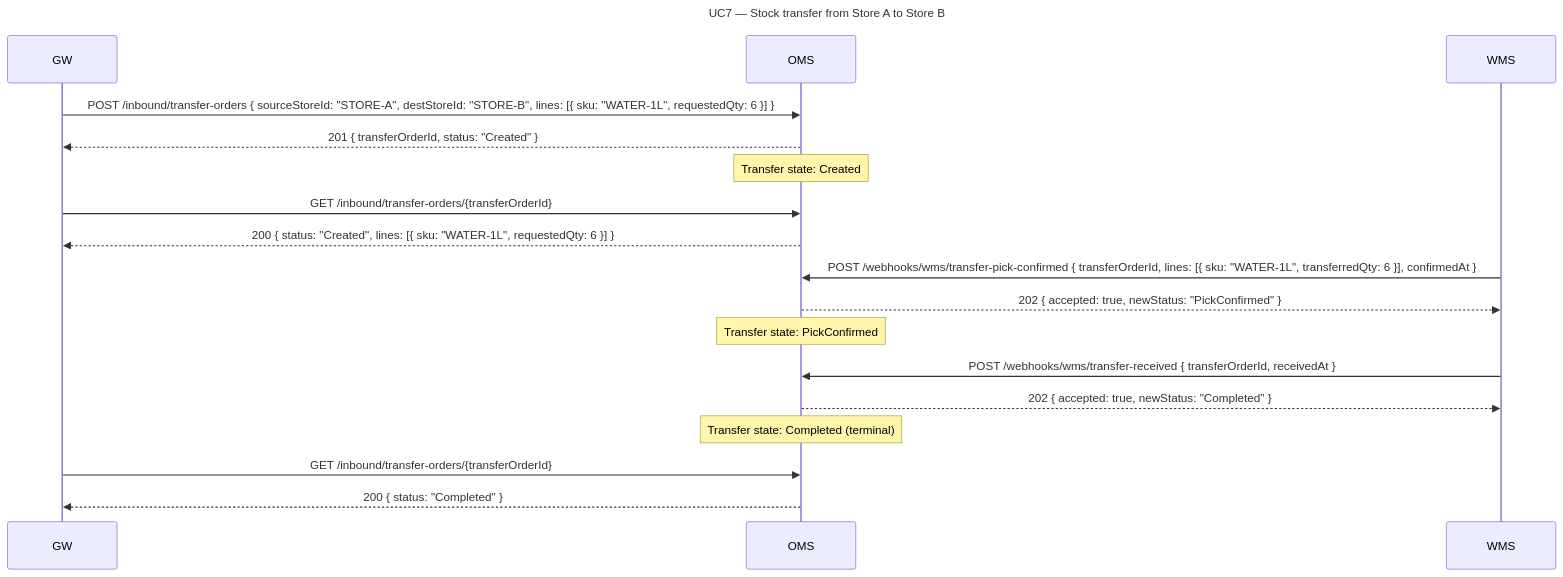
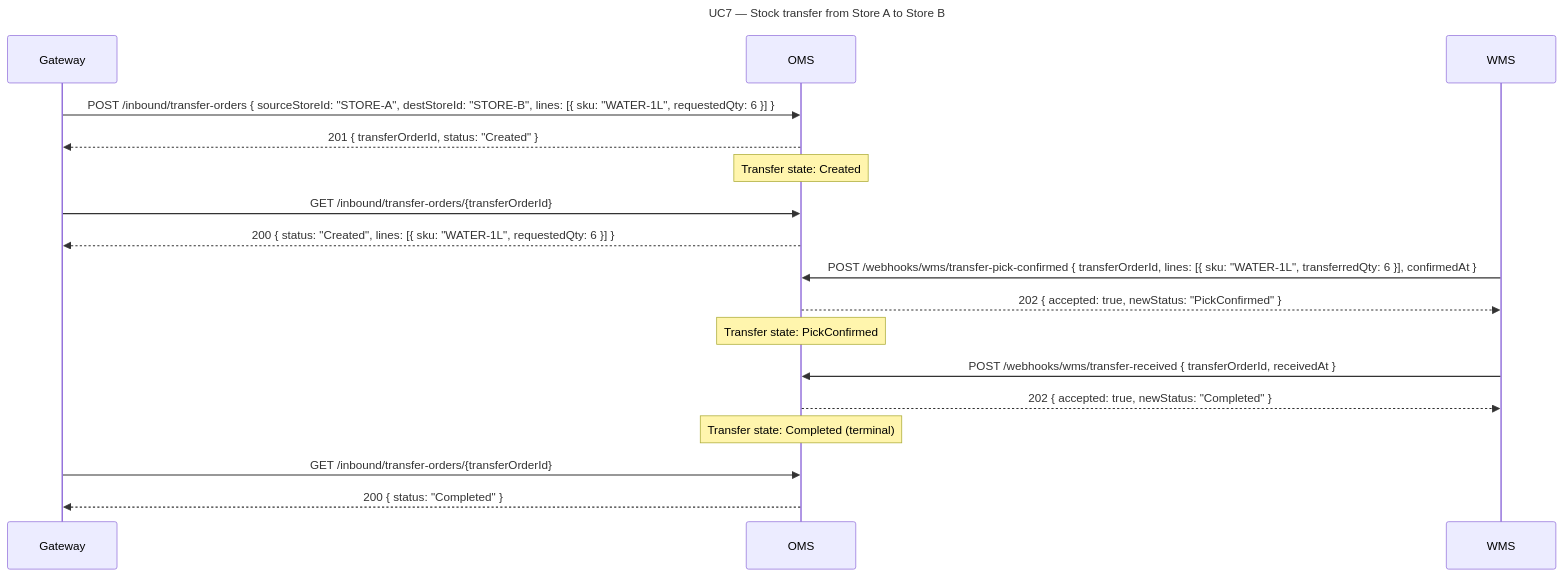
The seventh of 13 diagrams in docs/oms-e2e-sequence-diagrams.md (rosered11/oms-claude), drawn with Mermaid before and after one commit. The commit also changed other lines of this file and 48 other files, not shown here.

````diff
--- a/docs/oms-e2e-sequence-diagrams.md
+++ b/docs/oms-e2e-sequence-diagrams.md
@@ -434,26 +424,26 @@
 ```mermaid
 sequenceDiagram
   title: UC7 — Stock transfer from Store A to Store B
 
-  participant GW
+  participant Gateway
   participant OMS
   participant WMS
 
-  GW->>OMS: POST /inbound/transfer-orders { sourceStoreId: "STORE-A", destStoreId: "STORE-B", lines: [{ sku: "WATER-1L", requestedQty: 6 }] }
-  OMS-->>GW: 201 { transferOrderId, status: "Created" }
+  Gateway->>OMS: POST /inbound/transfer-orders { sourceStoreId: "STORE-A", destStoreId: "STORE-B", lines: [{ sku: "WATER-1L", requestedQty: 6 }] }
+  OMS-->>Gateway: 201 { transferOrderId, status: "Created" }
   Note over OMS: Transfer state: Created
 
-  GW->>OMS: GET /inbound/transfer-orders/{transferOrderId}
-  OMS-->>GW: 200 { status: "Created", lines: [{ sku: "WATER-1L", requestedQty: 6 }] }
+  Gateway->>OMS: GET /inbound/transfer-orders/{transferOrderId}
+  OMS-->>Gateway: 200 { status: "Created", lines: [{ sku: "WATER-1L", requestedQty: 6 }] }
 
   WMS->>OMS: POST /webhooks/wms/transfer-pick-confirmed { transferOrderId, lines: [{ sku: "WATER-1L", transferredQty: 6 }], confirmedAt }
   OMS-->>WMS: 202 { accepted: true, newStatus: "PickConfirmed" }
   Note over OMS: Transfer state: PickConfirmed
 
   WMS->>OMS: POST /webhooks/wms/transfer-received { transferOrderId, receivedAt }
   OMS-->>WMS: 202 { accepted: true, newStatus: "Completed" }
   Note over OMS: Transfer state: Completed (terminal)
 
-  GW->>OMS: GET /inbound/transfer-orders/{transferOrderId}
-  OMS-->>GW: 200 { status: "Completed" }
+  Gateway->>OMS: GET /inbound/transfer-orders/{transferOrderId}
+  OMS-->>Gateway: 200 { status: "Completed" }
 ```
````
